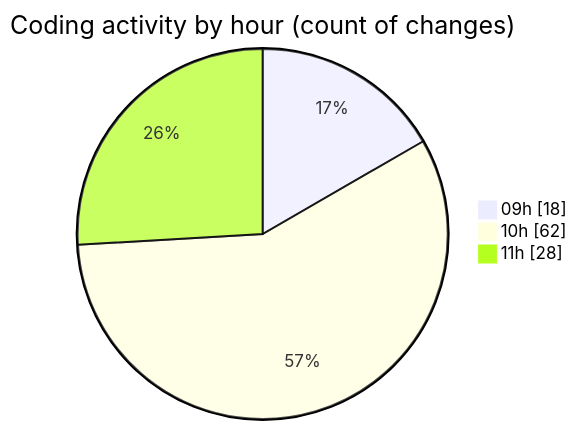
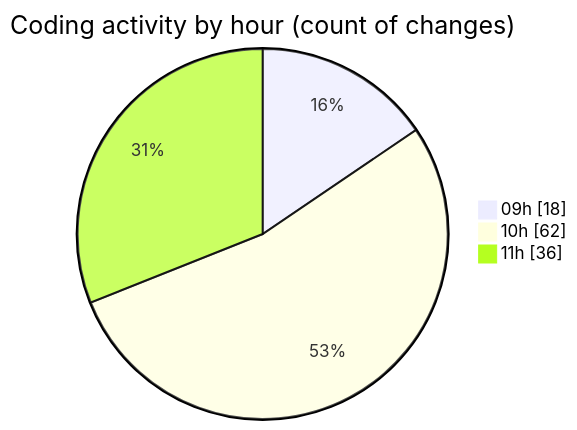
Before and after one commit to momahboobian/code-tracking: the second of 2 diagrams in 2025-07-01/cda/README.md, drawn with Mermaid. The commit also changed other lines of this file and 1 other file, not shown here.

````diff
--- a/2025-07-01/cda/README.md
+++ b/2025-07-01/cda/README.md
@@ -40,7 +40,7 @@
 ```mermaid
 pie showData
 title Coding activity by hour (count of changes)
 "09h" : 18
 "10h" : 62
-"11h" : 28
+"11h" : 36
 ```
````
